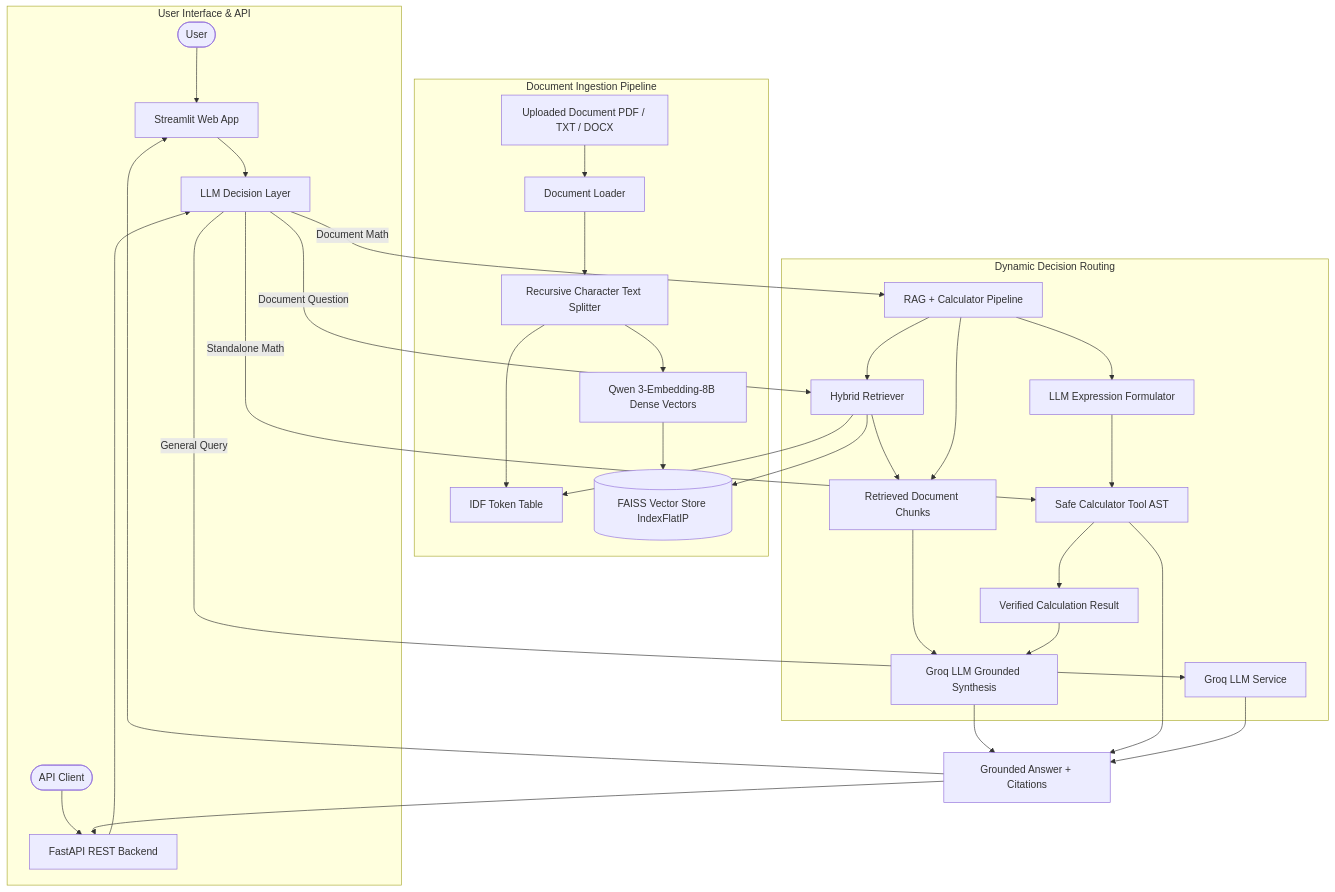
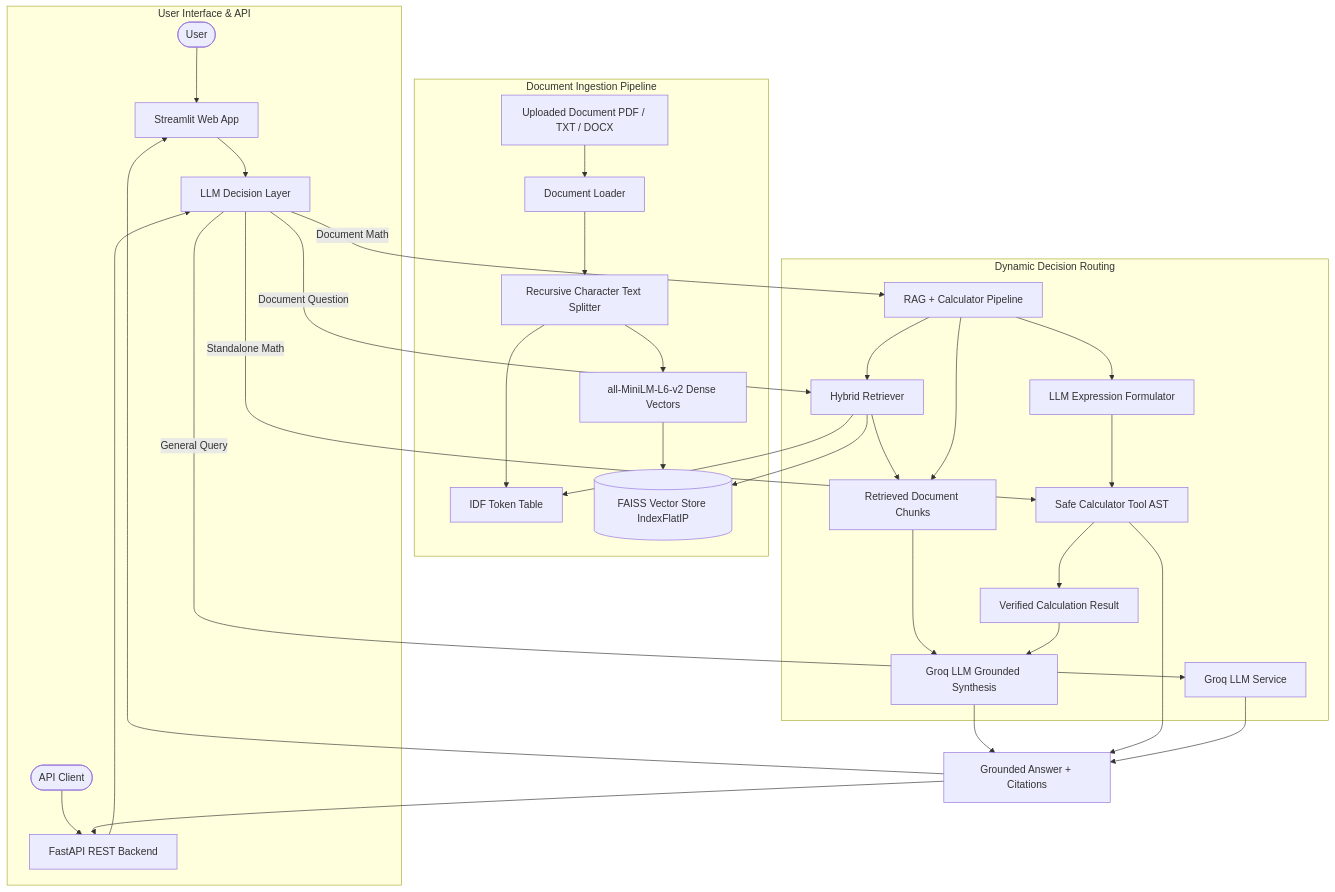
One commit to karanrathore2605/Spundan changed the diagram in Final Task/README.md. Above: the diagram before and after it, drawn with Mermaid. The commit also changed other lines of this file and 9 other files, not shown here.

Commit message:
feat(embeddings): permanently replace Qwen with all-MiniLM-L6-v2 and remove fallback architecture

````diff
--- a/Final Task/README.md
+++ b/Final Task/README.md
@@ -40,42 +40,42 @@
 ```mermaid
 flowchart TD
     subgraph Ingestion["Document Ingestion Pipeline"]
         Doc[Uploaded Document PDF / TXT / DOCX] --> Loader[Document Loader]
         Loader --> Chunker[Recursive Character Text Splitter]
-        Chunker --> Embeddings[Qwen 3-Embedding-8B Dense Vectors]
+        Chunker --> Embeddings[all-MiniLM-L6-v2 Dense Vectors]
         Chunker --> IDF[IDF Token Table]
         Embeddings --> FAISS[(FAISS Vector Store IndexFlatIP)]
     end
 
     subgraph UserInteraction["User Interface & API"]
         User([User]) --> UI[Streamlit Web App]
         Client([API Client]) --> FastAPI[FastAPI REST Backend]
         UI --> DecisionLayer[LLM Decision Layer]
         FastAPI --> DecisionLayer
     end
 
     subgraph DecisionRouting["Dynamic Decision Routing"]
         DecisionLayer -->|Standalone Math| CalcTool[Safe Calculator Tool AST]
         DecisionLayer -->|Document Question| Retriever[Hybrid Retriever]
         DecisionLayer -->|Document Math| HybridFlow[RAG + Calculator Pipeline]
         DecisionLayer -->|General Query| DirectLLM[Groq LLM Service]
 
         Retriever --> FAISS
         Retriever --> IDF
         Retriever --> Context[Retrieved Document Chunks]
         Context --> LLMAnswer[Groq LLM Grounded Synthesis]
 
         HybridFlow --> Retriever
         HybridFlow --> Context
         HybridFlow --> FormulaExtract[LLM Expression Formulator]
         FormulaExtract --> CalcTool
         CalcTool --> VerifiedMath[Verified Calculation Result]
         VerifiedMath --> LLMAnswer
     end
 
     LLMAnswer --> ResponseCard[Grounded Answer + Citations]
     CalcTool --> ResponseCard
     DirectLLM --> ResponseCard
     ResponseCard --> UI
     ResponseCard --> FastAPI
 ```
````
